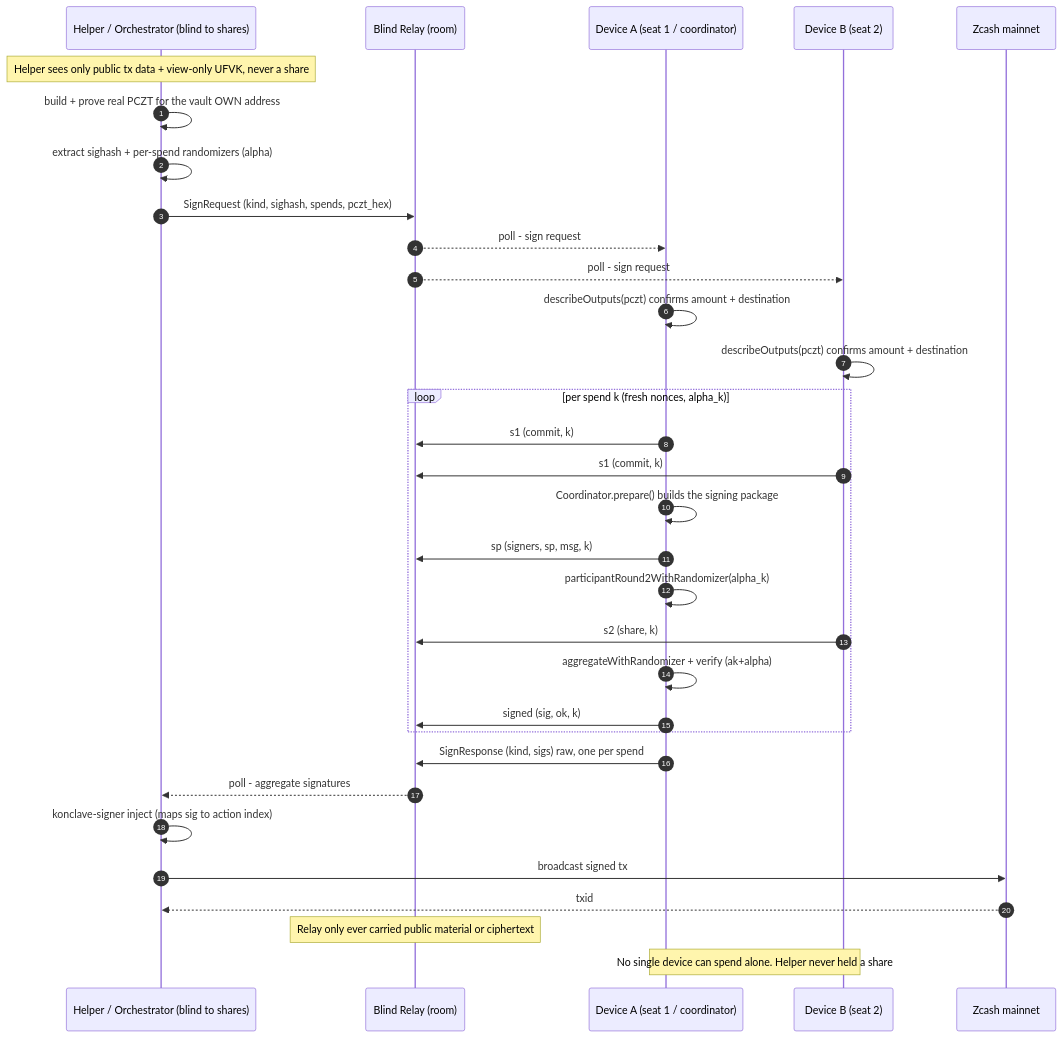
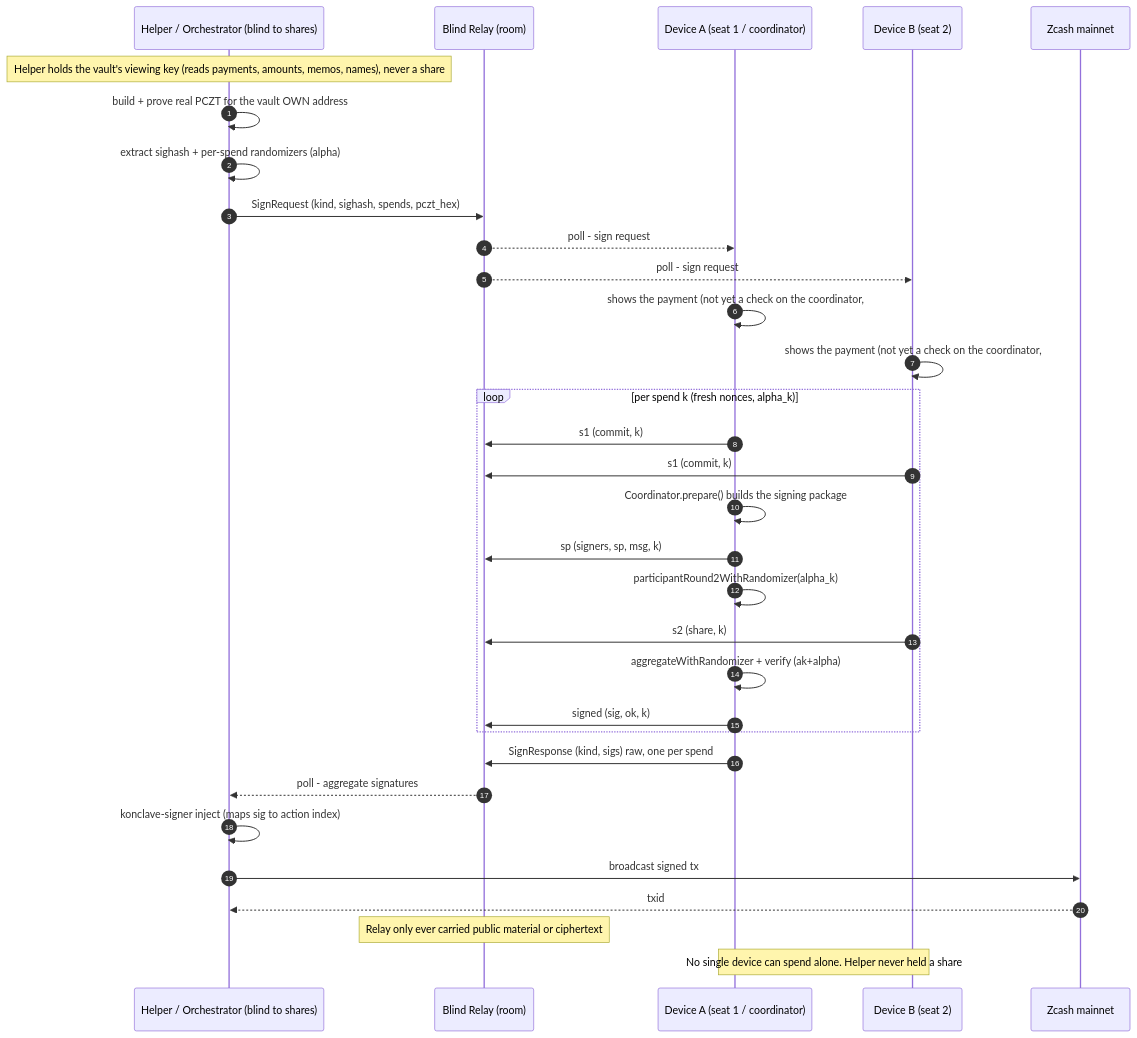
Before and after one commit to deegalabs/konclave: the seventh of 7 diagrams in docs/GUIDE.md, drawn with Mermaid. The commit also changed other lines of this file and 18 other files, not shown here.

````diff
--- a/docs/GUIDE.md
+++ b/docs/GUIDE.md
@@ -582,37 +582,37 @@
 ```mermaid
 sequenceDiagram
     autonumber
     participant H as Helper / Orchestrator (blind to shares)
     participant BR as Blind Relay (room)
     participant DA as Device A (seat 1 / coordinator)
     participant DB as Device B (seat 2)
     participant Z as Zcash mainnet
 
-    Note over H: Helper sees only public tx data + view-only UFVK, never a share
+    Note over H: Helper holds the vault's viewing key (reads payments, amounts, memos, names), never a share
     H->>H: build + prove real PCZT for the vault OWN address
     H->>H: extract sighash + per-spend randomizers (alpha)
     H->>BR: SignRequest (kind, sighash, spends, pczt_hex)
     BR-->>DA: poll - sign request
     BR-->>DB: poll - sign request
 
-    DA->>DA: describeOutputs(pczt) confirms amount + destination
-    DB->>DB: describeOutputs(pczt) confirms amount + destination
+    DA->>DA: shows the payment (not yet a check on the coordinator, #610)
+    DB->>DB: shows the payment (not yet a check on the coordinator, #610)
     loop per spend k (fresh nonces, alpha_k)
         DA->>BR: s1 (commit, k)
         DB->>BR: s1 (commit, k)
         DA->>DA: Coordinator.prepare() builds the signing package
         DA->>BR: sp (signers, sp, msg, k)
         DA->>DA: participantRound2WithRandomizer(alpha_k)
         DB->>BR: s2 (share, k)
         DA->>DA: aggregateWithRandomizer + verify (ak+alpha)
         DA->>BR: signed (sig, ok, k)
     end
 
     DA->>BR: SignResponse (kind, sigs) raw, one per spend
     BR-->>H: poll - aggregate signatures
     H->>H: konclave-signer inject (maps sig to action index)
     H->>Z: broadcast signed tx
     Z-->>H: txid
     Note over BR: Relay only ever carried public material or ciphertext
     Note over DA,DB: No single device can spend alone. Helper never held a share
 ```
````
